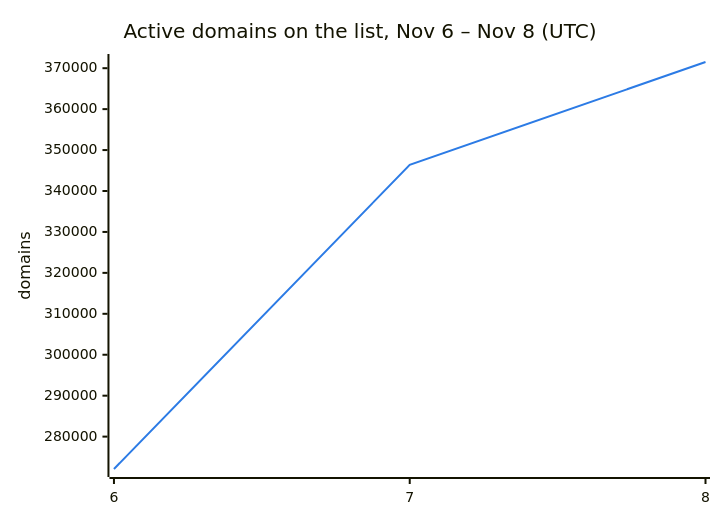
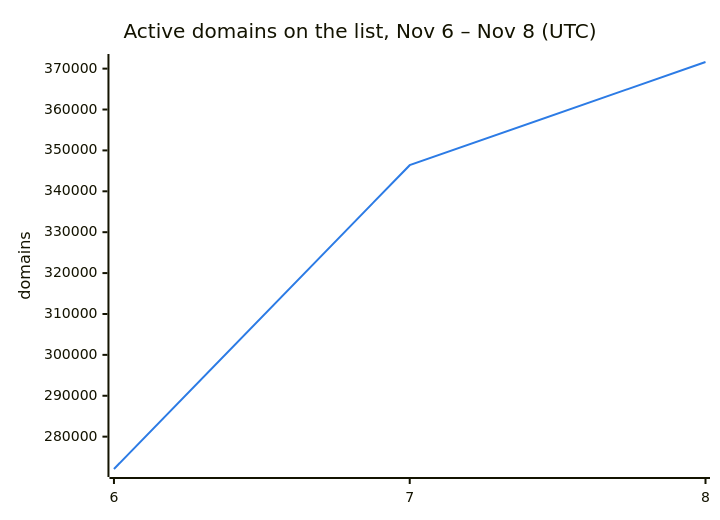
One commit to DNSBunker/CTI changed the second of 3 diagrams in README.md. Above: the diagram before and after it, drawn with Mermaid. The commit also changed other lines of this file and 3 other files, not shown here.

````diff
--- a/README.md
+++ b/README.md
@@ -38,8 +38,8 @@
 ```mermaid
 %%{init: {"themeVariables": {"xyChart": {"plotColorPalette": "#2c7be5"}}}}%%
 xychart-beta
     title "Active domains on the list, Nov 6 – Nov 8 (UTC)"
     x-axis ["6", "7", "8"]
     y-axis "domains"
-    line [272088, 346388, 371513]
+    line [272088, 346388, 371621]
 ```
````
